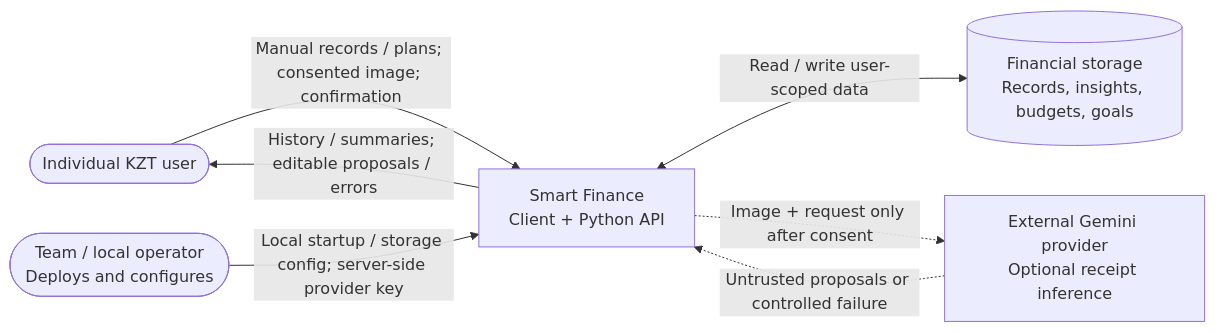
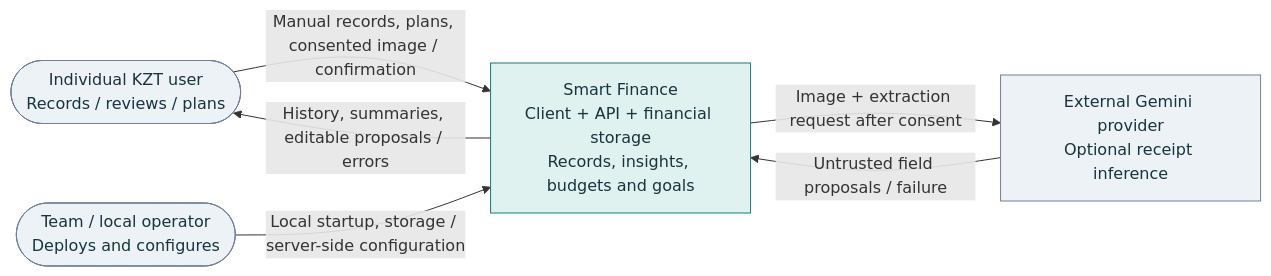
Before and after one commit to KaberDaryn/smart-finance-project: the diagram in docs/diagrams/system-context.mmd, drawn with Mermaid. The commit also changed 15 other files, not shown here.

```diff
--- a/docs/diagrams/system-context.mmd
+++ b/docs/diagrams/system-context.mmd
@@ -1,12 +1,15 @@
 flowchart LR
-    U([Individual KZT user])
-    SF[Smart Finance<br/>Client + Python API]
-    DB[(Financial storage<br/>Records, insights, budgets, goals)]
-    G[External Gemini provider<br/>Optional receipt inference]
-    OPS([Team / local operator<br/>Deploys and configures])
-    U -->|Manual records / plans; consented image; confirmation| SF
-    SF -->|History / summaries; editable proposals / errors| U
-    SF <--> |Read / write user-scoped data| DB
-    OPS -->|Local startup / storage config; server-side provider key| SF
-    SF -.->|Image + request only after consent| G
-    G -.->|Untrusted proposals or controlled failure| SF
+  user(["Individual KZT user<br/>Records / reviews / plans"])
+  operator(["Team / local operator<br/>Deploys and configures"])
+  system["Smart Finance<br/>Client + API + financial storage<br/>Records, insights, budgets and goals"]
+  provider["External Gemini provider<br/>Optional receipt inference"]
+  user -->|"Manual records, plans, consented image / confirmation"| system
+  system -->|"History, summaries, editable proposals / errors"| user
+  operator -->|"Local startup, storage / server-side configuration"| system
+  system -->|"Image + extraction request after consent"| provider
+  provider -->|"Untrusted field proposals / failure"| system
+  classDef external fill:#edf2f7,stroke:#718096,color:#18343e;
+  classDef core fill:#e0f2ef,stroke:#177b78,color:#18343e;
+  classDef store fill:#fff5df,stroke:#ac873b,color:#18343e;
+  class user,operator,provider external;
+  class system core;
```
